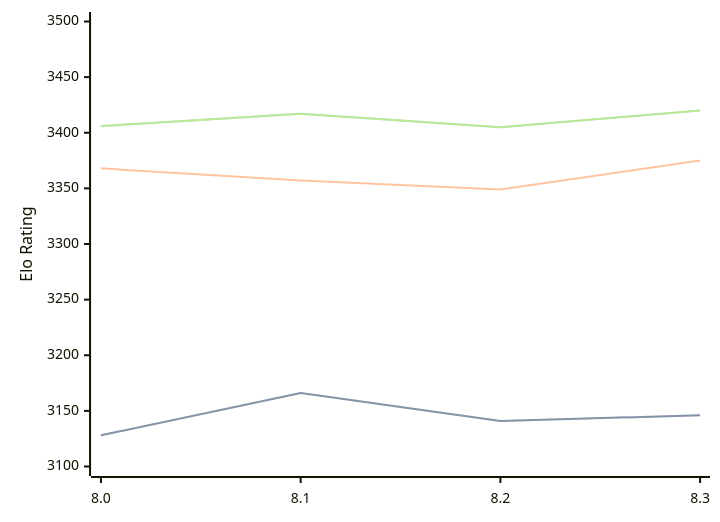
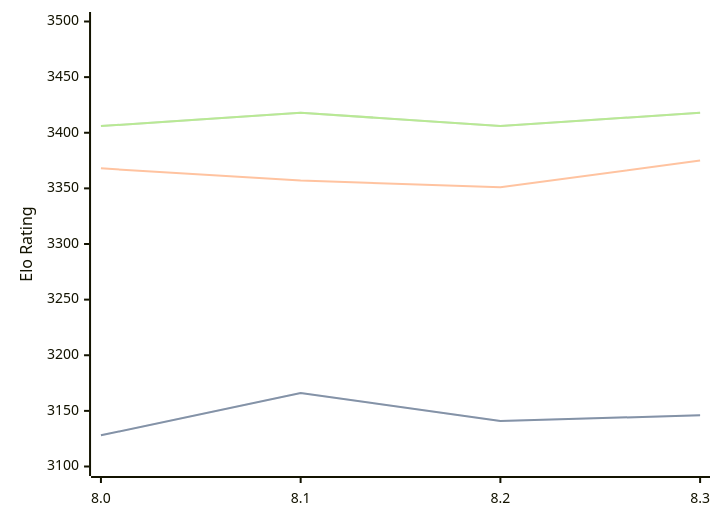
The diagram in engines/Alexander.md (computer-chess-index/cci), drawn with Mermaid before and after one commit. The commit also changed other lines of this file, not shown here.

Commit message:
Update CCI Ratings (ELO VLTC) - 2026-07-26

````diff
--- a/engines/Alexander.md
+++ b/engines/Alexander.md
@@ -48,11 +48,11 @@
 ```mermaid
 %%{init: {"theme":"base","themeVariables":{"seriesColors:['#a3a3a3','#222221','#faa371']}}}%%
 xychart-beta
   x-axis ["8.0", "8.1", "8.2", "8.3"]
   y-axis "Elo Rating" 3100 --> 3500
   line "STC (8.0+0.08s)" [3128, 3166, 3141, 3146]
   line "STC (8.0+0.08s)" [3128, 3166, 3141, 3146]
-  line "LTC (60.0+0.60s)" [3368, 3357, 3349, 3375]
-  line "VLTC (2m24s+1.12s)" [3406, 3417, 3405, 3420]
-  line "VLTC (2m24s+1.12s)" [3406, 3417, 3405, 3420]
+  line "LTC (60.0+0.60s)" [3368, 3357, 3351, 3375]
+  line "VLTC (2m24s+1.12s)" [3406, 3418, 3406, 3418]
+  line "VLTC (2m24s+1.12s)" [3406, 3418, 3406, 3418]
 ```
````
